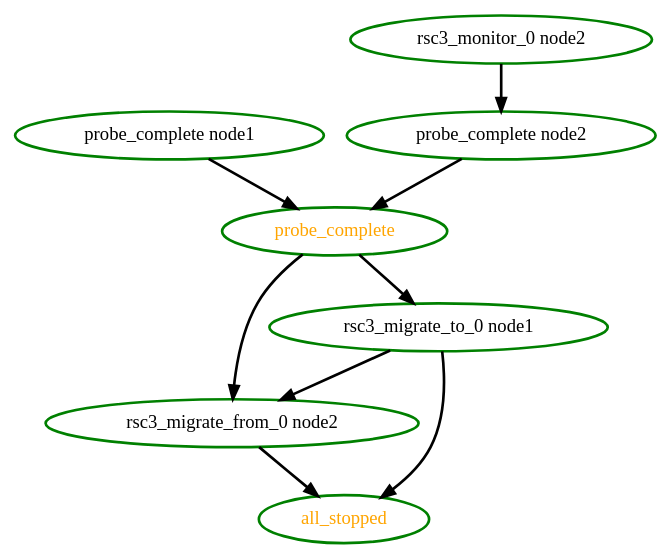
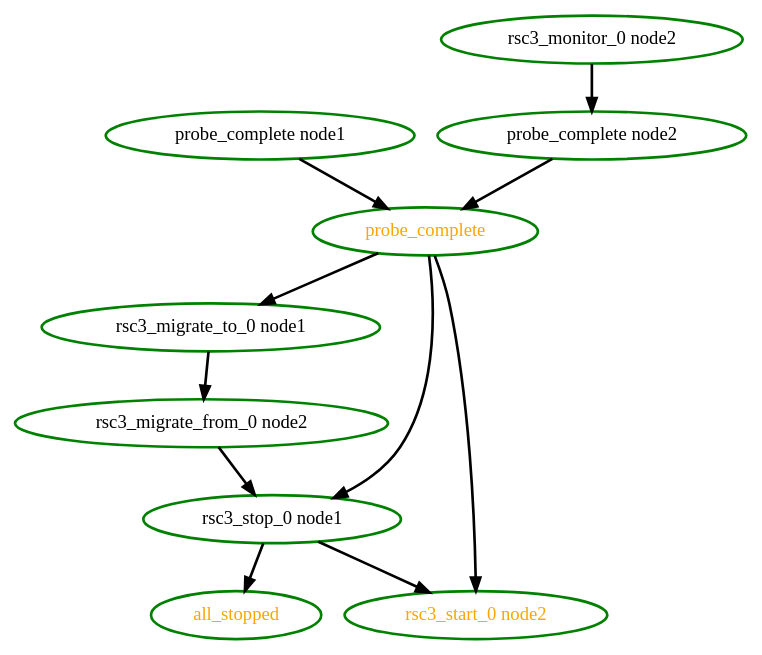
Before and after one commit to ClusterLabs/pacemaker: the diagram in pengine/test10/migrate-1.dot, drawn with Graphviz. The commit also changed 353 other files, not shown here.

```diff
--- a/pengine/test10/migrate-1.dot
+++ b/pengine/test10/migrate-1.dot
@@ -1,17 +1,21 @@
  digraph "g" {
 "all_stopped" [ style=bold color="green" fontcolor="orange"  ]
 "probe_complete node1" -> "probe_complete" [ style = bold]
 "probe_complete node1" [ style=bold color="green" fontcolor="black" ]
 "probe_complete node2" -> "probe_complete" [ style = bold]
 "probe_complete node2" [ style=bold color="green" fontcolor="black" ]
-"probe_complete" -> "rsc3_migrate_from_0 node2" [ style = bold]
 "probe_complete" -> "rsc3_migrate_to_0 node1" [ style = bold]
+"probe_complete" -> "rsc3_start_0 node2" [ style = bold]
+"probe_complete" -> "rsc3_stop_0 node1" [ style = bold]
 "probe_complete" [ style=bold color="green" fontcolor="orange" ]
-"rsc3_migrate_from_0 node2" -> "all_stopped" [ style = bold]
+"rsc3_migrate_from_0 node2" -> "rsc3_stop_0 node1" [ style = bold]
 "rsc3_migrate_from_0 node2" [ style=bold color="green" fontcolor="black" ]
-"rsc3_migrate_to_0 node1" -> "all_stopped" [ style = bold]
 "rsc3_migrate_to_0 node1" -> "rsc3_migrate_from_0 node2" [ style = bold]
 "rsc3_migrate_to_0 node1" [ style=bold color="green" fontcolor="black" ]
 "rsc3_monitor_0 node2" -> "probe_complete node2" [ style = bold]
 "rsc3_monitor_0 node2" [ style=bold color="green" fontcolor="black" ]
+"rsc3_start_0 node2" [ style=bold color="green" fontcolor="orange"  ]
+"rsc3_stop_0 node1" -> "all_stopped" [ style = bold]
+"rsc3_stop_0 node1" -> "rsc3_start_0 node2" [ style = bold]
+"rsc3_stop_0 node1" [ style=bold color="green" fontcolor="black"  ]
 }
```
